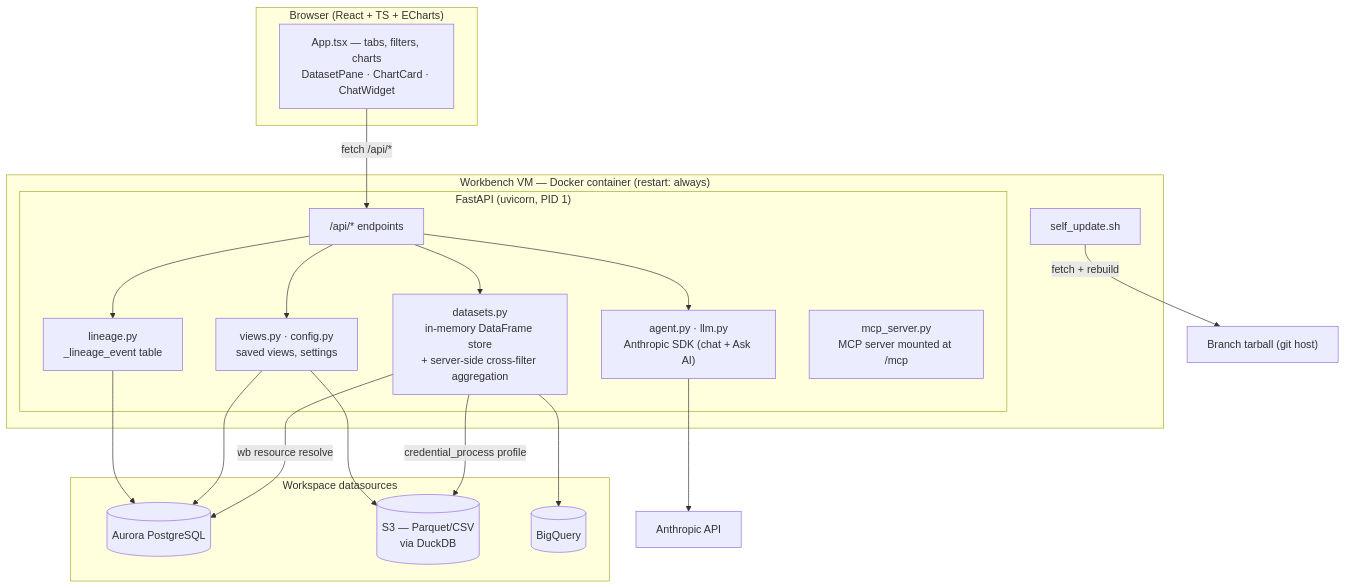
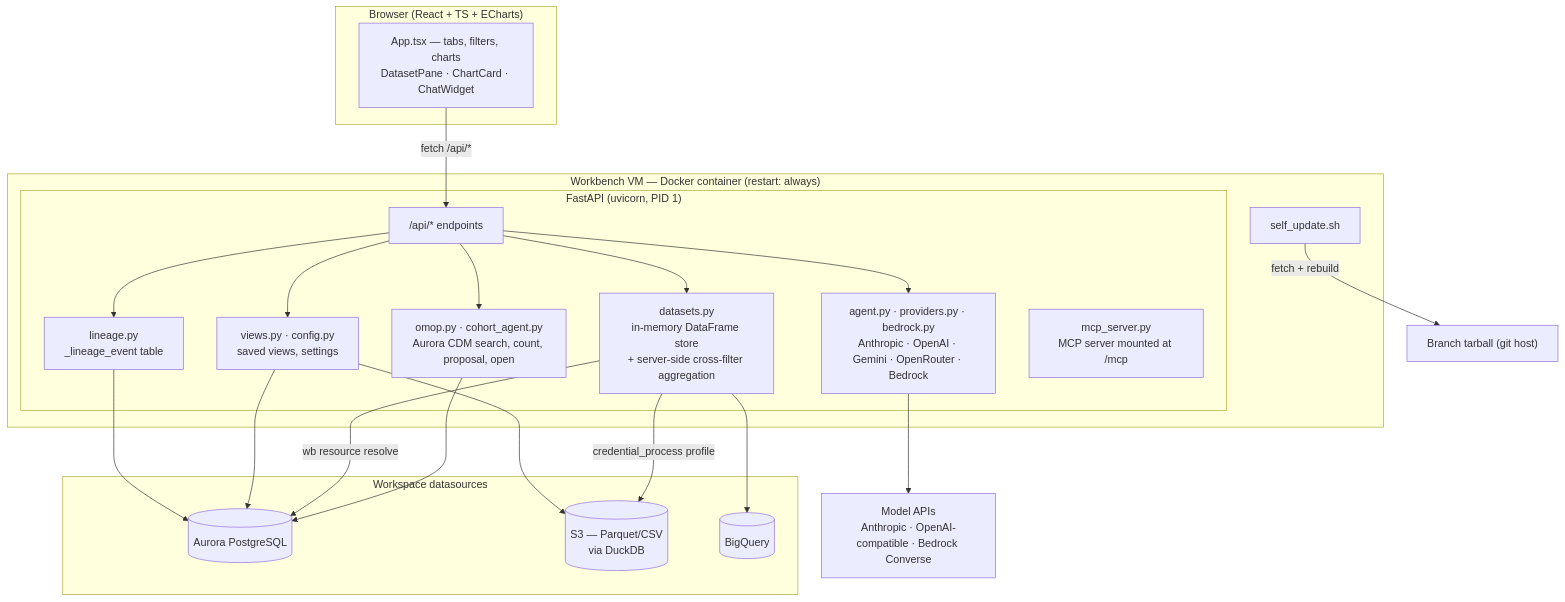
The first of 3 diagrams in src/cohort-studio/docs/architecture.md (verily-src/workbench-app-devcontainers), drawn with Mermaid before and after one commit. The commit also changed other lines of this file and 73 other files, not shown here.

Commit message:
Prefer outcome tests and maintain architecture decisions

````diff
--- a/src/cohort-studio/docs/architecture.md
+++ b/src/cohort-studio/docs/architecture.md
@@ -9,41 +9,44 @@
 ```mermaid
 flowchart TB
   subgraph Browser["Browser (React + TS + ECharts)"]
     UI["App.tsx — tabs, filters, charts<br/>DatasetPane · ChartCard · ChatWidget"]
   end
 
   subgraph VM["Workbench VM — Docker container (restart: always)"]
     subgraph API["FastAPI (uvicorn, PID 1)"]
       EP["/api/* endpoints"]
       STORE["datasets.py<br/>in-memory DataFrame store<br/>+ server-side cross-filter aggregation"]
-      AGENT["agent.py · llm.py<br/>Anthropic SDK (chat + Ask AI)"]
+      AGENT["agent.py · providers.py · bedrock.py<br/>Anthropic · OpenAI · Gemini · OpenRouter · Bedrock"]
+      OMOP["omop.py · cohort_agent.py<br/>Aurora CDM search, count, proposal, open"]
       VIEWS["views.py · config.py<br/>saved views, settings"]
       LIN["lineage.py<br/>_lineage_event table"]
       MCPS["mcp_server.py<br/>MCP server mounted at /mcp"]
     end
     SU["self_update.sh"]
   end
 
   subgraph Data["Workspace datasources"]
     AUR[("Aurora PostgreSQL")]
     S3[("S3 — Parquet/CSV<br/>via DuckDB")]
     BQ[("BigQuery")]
   end
 
-  ANT["Anthropic API"]
+  LLM["Model APIs<br/>Anthropic · OpenAI-compatible · Bedrock Converse"]
   GH["Branch tarball (git host)"]
 
   UI -->|"fetch /api/*"| EP
   EP --> STORE
   EP --> AGENT
+  EP --> OMOP
   EP --> VIEWS
   EP --> LIN
-  AGENT --> ANT
+  AGENT --> LLM
+  OMOP --> AUR
   STORE -->|"wb resource resolve"| AUR
   STORE -->|"credential_process profile"| S3
   STORE --> BQ
   VIEWS --> AUR
   VIEWS --> S3
   LIN --> AUR
   SU -->|"fetch + rebuild"| GH
 ```
````
